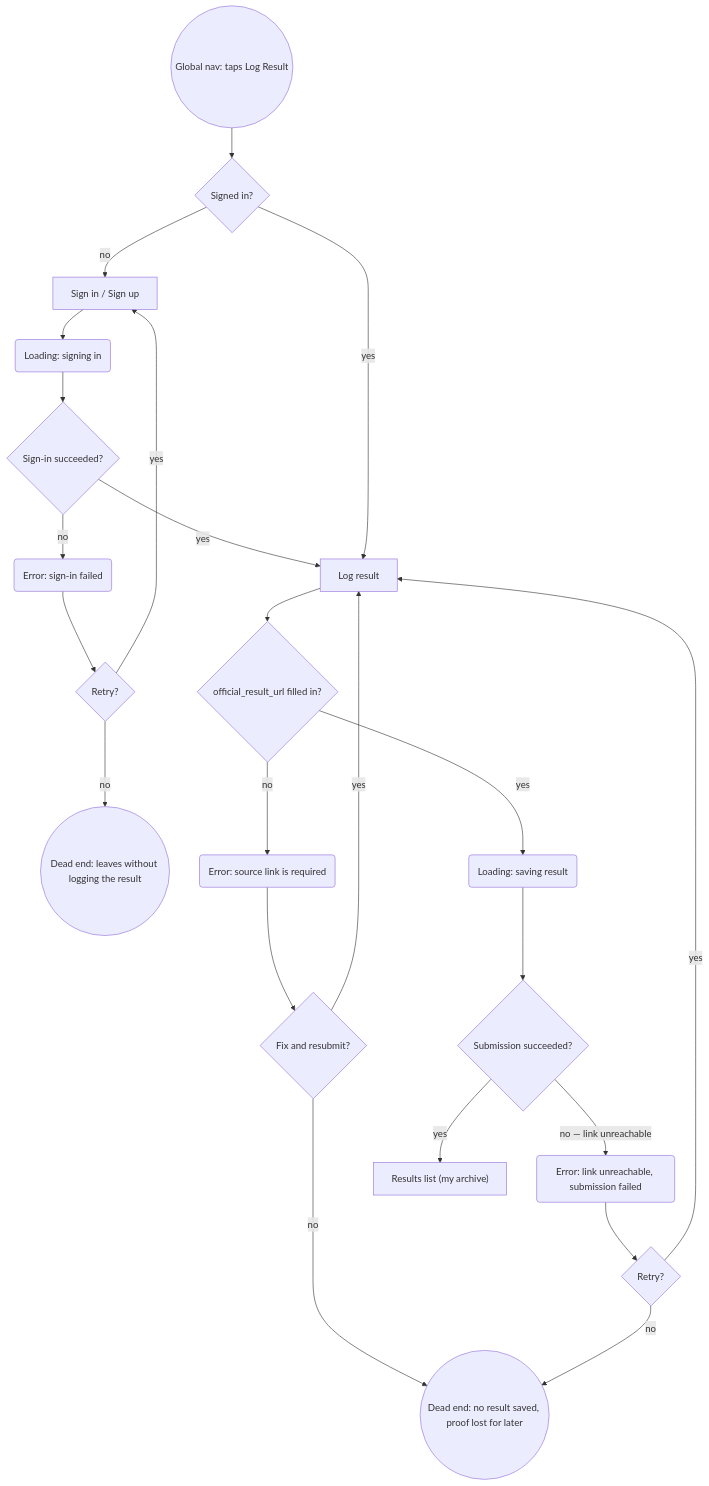
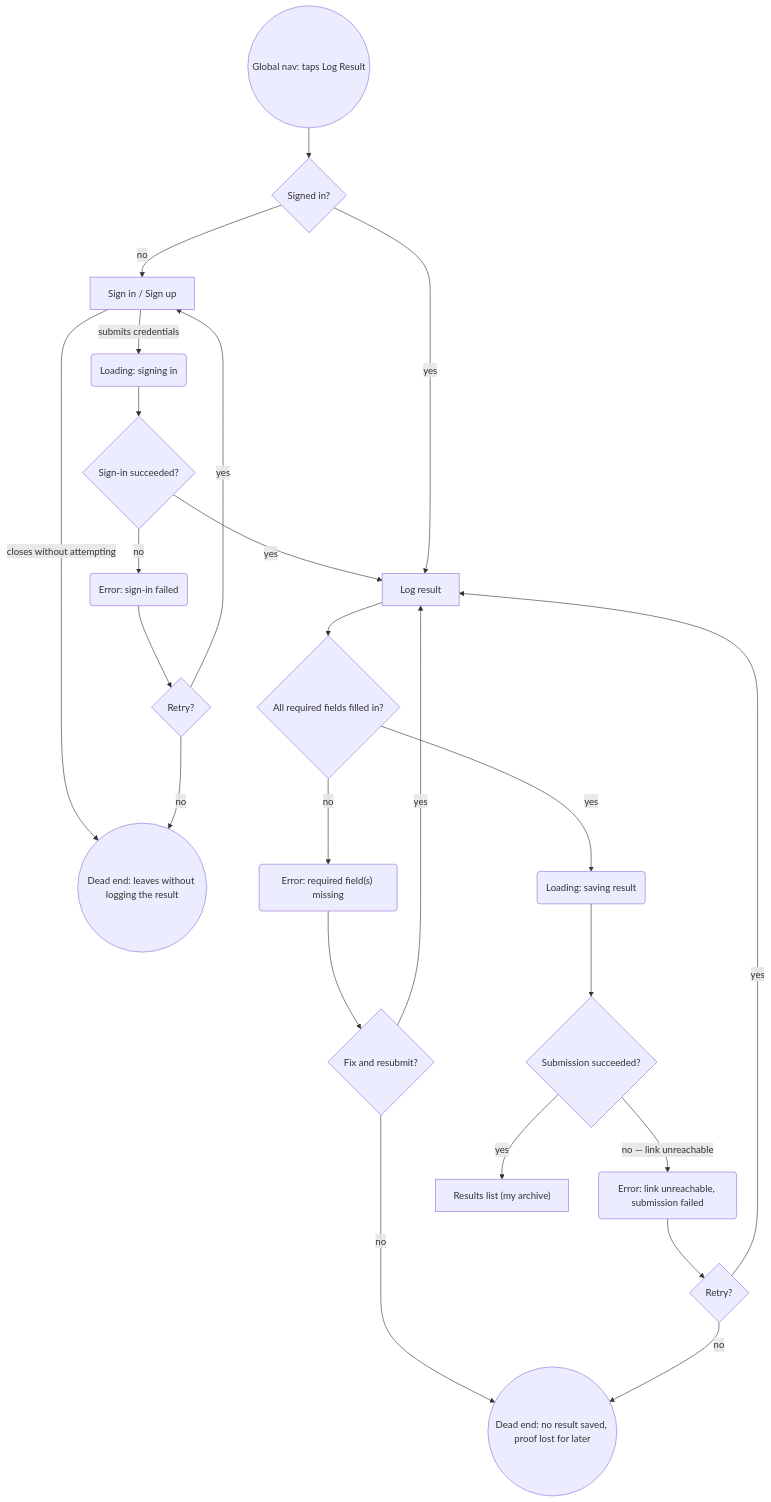
One commit to JuliaMakedonska/Onrace changed the second of 3 diagrams in flows.md. Above: the diagram before and after it, drawn with Mermaid. The commit also changed other lines of this file and 1 other file, not shown here.

````diff
--- a/flows.md
+++ b/flows.md
@@ -84,25 +99,26 @@
 ```mermaid
 flowchart TD
     Start2(("Global nav: taps Log Result")) --> AuthCheck{"Signed in?"}
     AuthCheck -->|"no"| SignIn["Sign in / Sign up"]
-    SignIn --> SigningIn("Loading: signing in")
+    SignIn -->|"submits credentials"| SigningIn("Loading: signing in")
+    SignIn -->|"closes without attempting"| DeadEnd2
     SigningIn --> AuthResult{"Sign-in succeeded?"}
     AuthResult -->|"no"| AuthError("Error: sign-in failed")
     AuthError --> AuthRetry{"Retry?"}
     AuthRetry -->|"yes"| SignIn
     AuthRetry -->|"no"| DeadEnd2(("Dead end: leaves without logging the result"))
     AuthResult -->|"yes"| LogForm["Log result"]
     AuthCheck -->|"yes"| LogForm
-    LogForm --> HasLink{"official_result_url filled in?"}
-    HasLink -->|"no"| ValidationError("Error: source link is required")
+    LogForm --> HasRequired{"All required fields filled in?"}
+    HasRequired -->|"no"| ValidationError("Error: required field(s) missing")
     ValidationError --> ValidationRetry{"Fix and resubmit?"}
     ValidationRetry -->|"yes"| LogForm
     ValidationRetry -->|"no"| DeadEnd3(("Dead end: no result saved, proof lost for later"))
-    HasLink -->|"yes"| Submitting("Loading: saving result")
+    HasRequired -->|"yes"| Submitting("Loading: saving result")
     Submitting --> SubmitOK{"Submission succeeded?"}
     SubmitOK -->|"no — link unreachable"| SubmitError("Error: link unreachable, submission failed")
     SubmitError --> SubmitRetry{"Retry?"}
     SubmitRetry -->|"yes"| LogForm
     SubmitRetry -->|"no"| DeadEnd3
     SubmitOK -->|"yes"| ResultsList["Results list (my archive)"]
 ```
````
